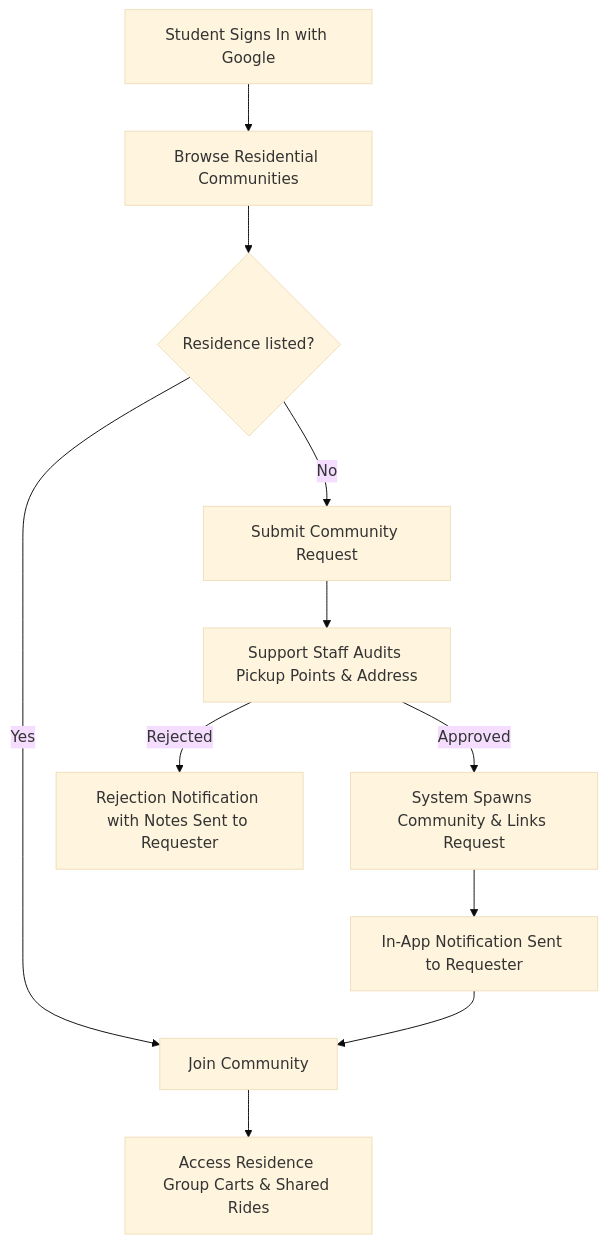
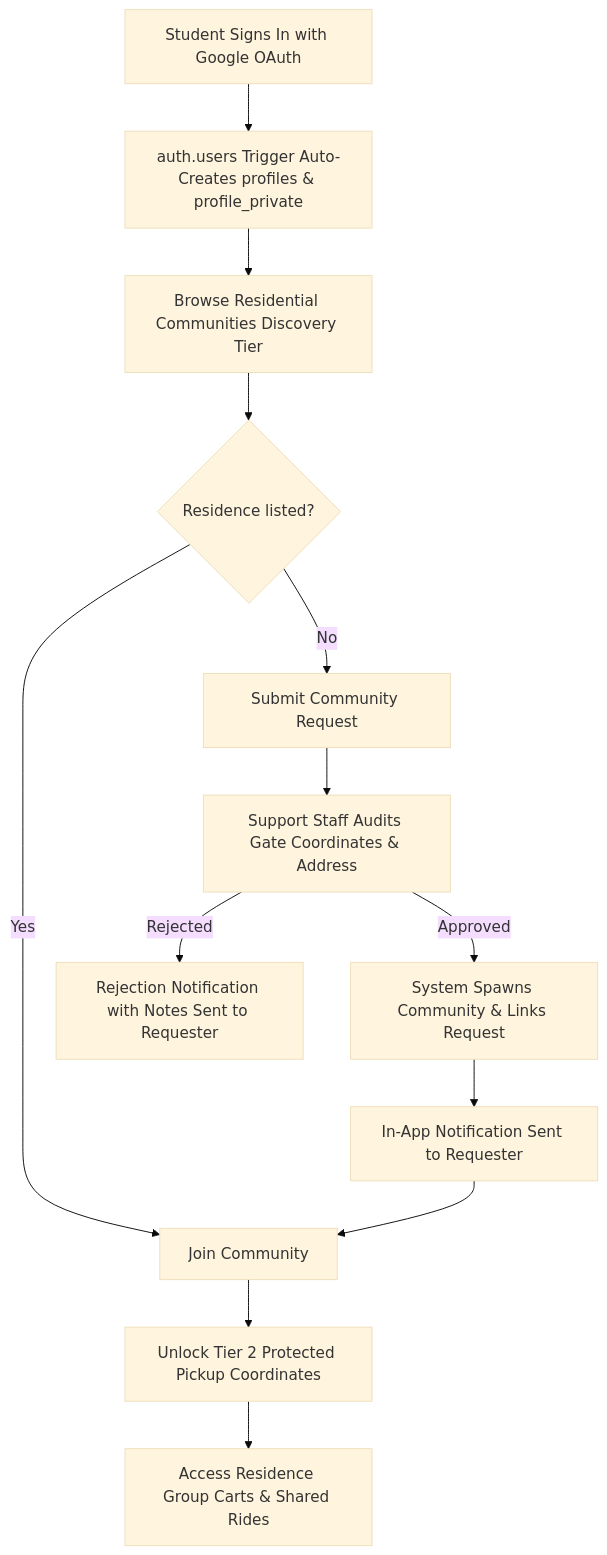
One commit to savanmalani12-sketch/Yuvnix changed the first of 3 diagrams in docs/PRODUCT_SPEC.md. Above: the diagram before and after it, drawn with Mermaid (base theme). The commit also changed other lines of this file and 1 other file, not shown here.

Commit message:
docs(architecture): complete security audit remediation for v3.0 certified specification

````diff
--- a/docs/PRODUCT_SPEC.md
+++ b/docs/PRODUCT_SPEC.md
@@ -102,13 +113,15 @@
 ```mermaid
 flowchart TD
-    A[Student Signs In with Google] --> B[Browse Residential Communities]
-    B --> C{Residence listed?}
-    C -- Yes --> D[Join Community]
-    C -- No --> E[Submit Community Request]
-    E --> F[Support Staff Audits Pickup Points & Address]
-    F -- Approved --> G[System Spawns Community & Links Request]
-    G --> H[In-App Notification Sent to Requester]
-    H --> D
-    F -- Rejected --> I[Rejection Notification with Notes Sent to Requester]
-    D --> J[Access Residence Group Carts & Shared Rides]
+    A[Student Signs In with Google OAuth] --> B[auth.users Trigger Auto-Creates profiles & profile_private]
+    B --> C[Browse Residential Communities Discovery Tier]
+    C --> D{Residence listed?}
+    D -- Yes --> E[Join Community]
+    E --> F[Unlock Tier 2 Protected Pickup Coordinates]
+    D -- No --> G[Submit Community Request]
+    G --> H[Support Staff Audits Gate Coordinates & Address]
+    H -- Approved --> I[System Spawns Community & Links Request]
+    I --> J[In-App Notification Sent to Requester]
+    J --> E
+    H -- Rejected --> K[Rejection Notification with Notes Sent to Requester]
+    F --> L[Access Residence Group Carts & Shared Rides]
 ```
````
